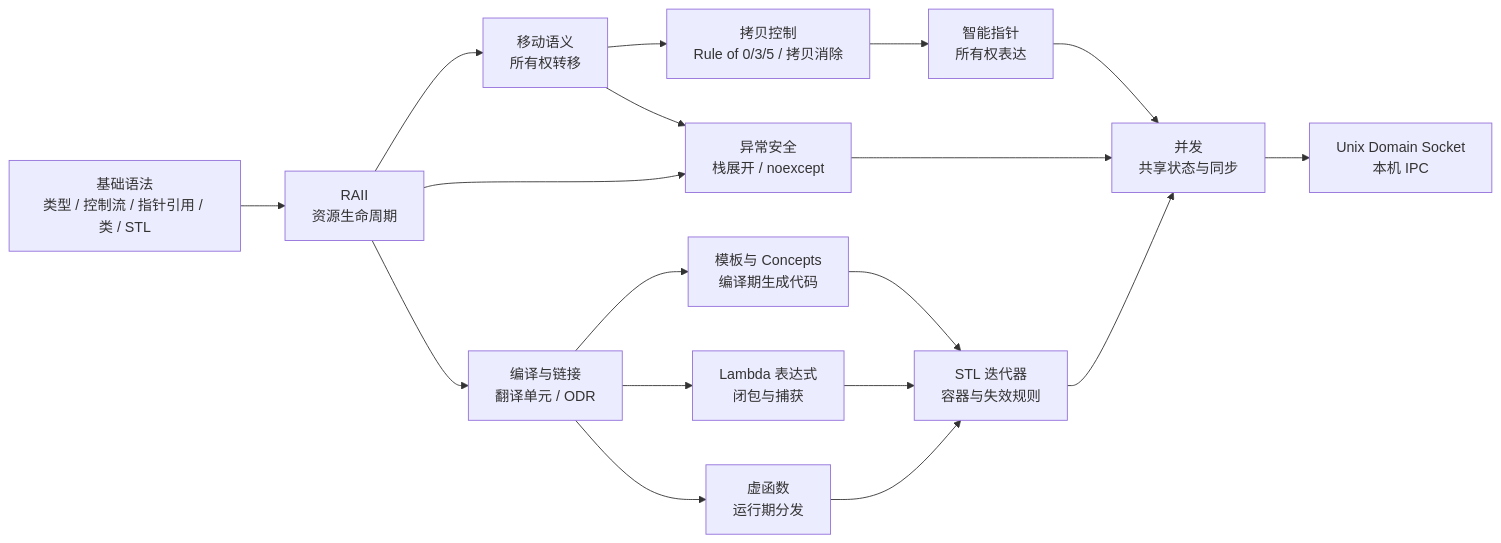
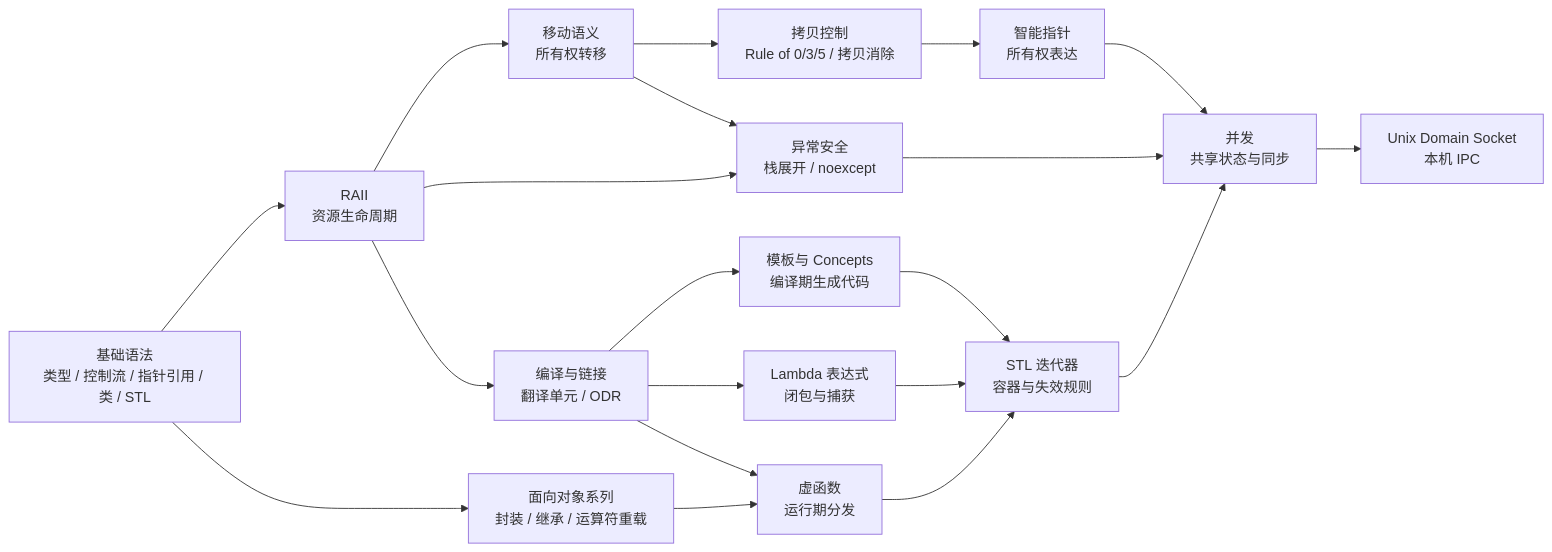
The diagram in languages/cpp/index.md (qknow-0/blog), drawn with Mermaid before and after one commit. The commit also changed other lines of this file and 8 other files, not shown here.

````diff
--- a/languages/cpp/index.md
+++ b/languages/cpp/index.md
@@ -35,20 +40,22 @@
 ```mermaid
 flowchart LR
     Z["基础语法<br/>类型 / 控制流 / 指针引用 / 类 / STL"] --> A["RAII<br/>资源生命周期"]
+    Z --> OOP["面向对象系列<br/>封装 / 继承 / 运算符重载"]
+    OOP --> F["虚函数<br/>运行期分发"]
     A --> B["移动语义<br/>所有权转移"]
     B --> CC["拷贝控制<br/>Rule of 0/3/5 / 拷贝消除"]
     CC --> C["智能指针<br/>所有权表达"]
     A --> EX["异常安全<br/>栈展开 / noexcept"]
     B --> EX
     A --> D["编译与链接<br/>翻译单元 / ODR"]
     D --> E["模板与 Concepts<br/>编译期生成代码"]
     D --> L["Lambda 表达式<br/>闭包与捕获"]
     D --> F["虚函数<br/>运行期分发"]
     E --> G["STL 迭代器<br/>容器与失效规则"]
     F --> G
     L --> G
     C --> H["并发<br/>共享状态与同步"]
     G --> H
     EX --> H
     H --> I["Unix Domain Socket<br/>本机 IPC"]
 ```
````
